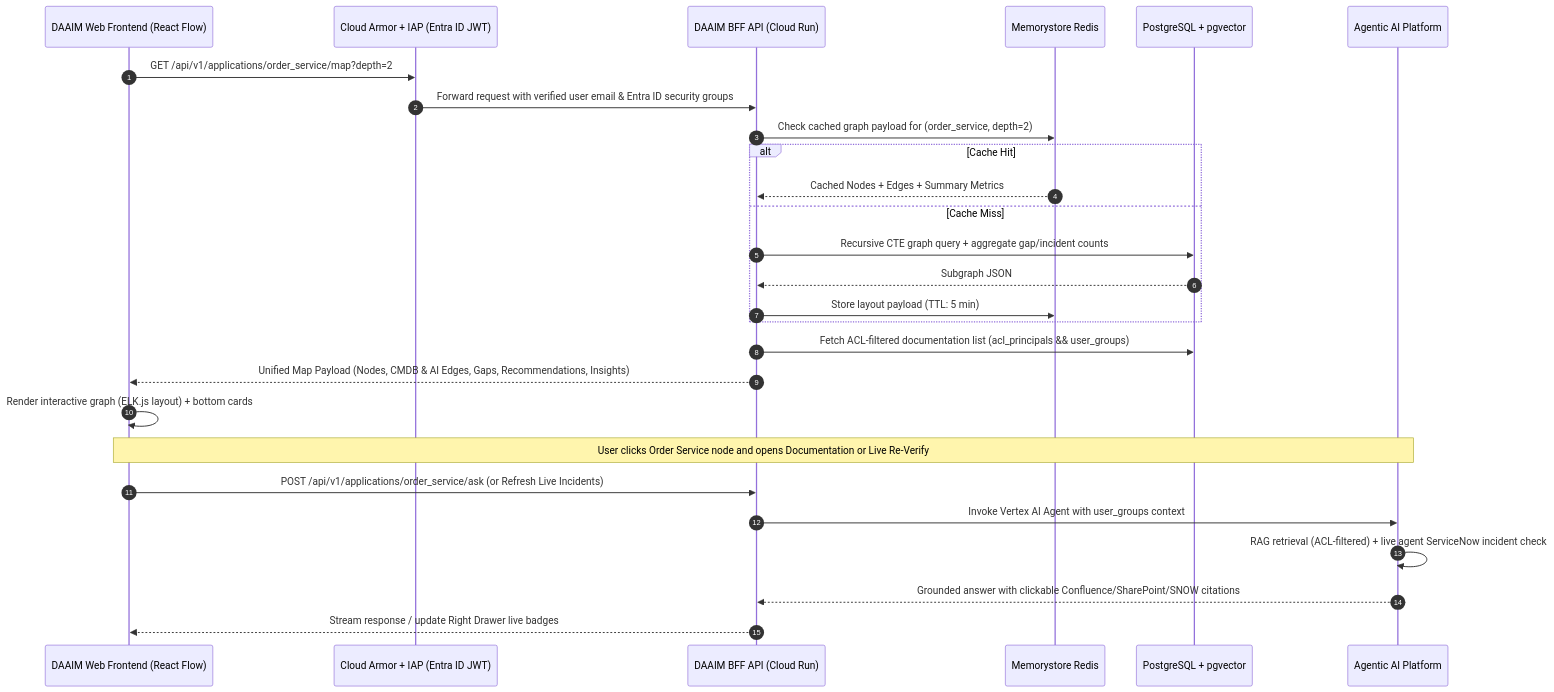
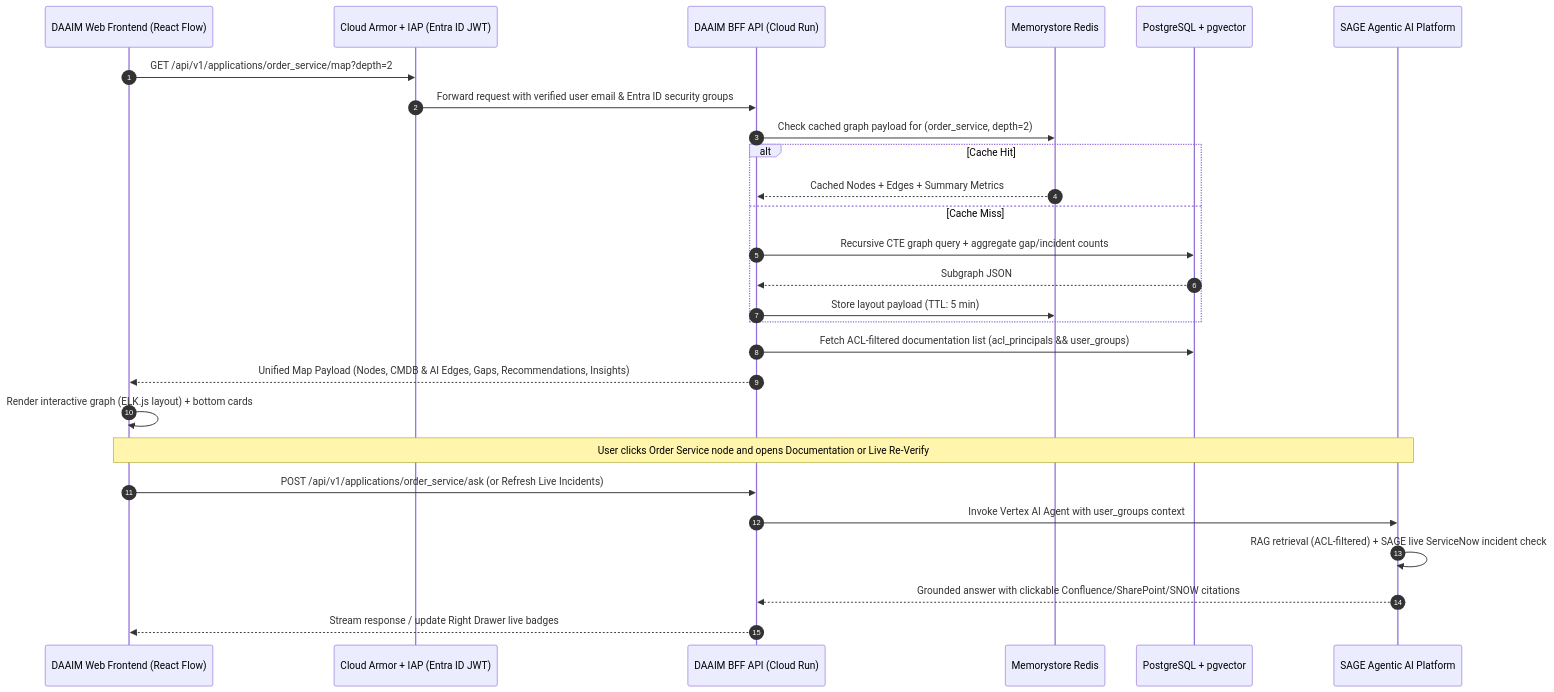
Before and after one commit to ScrappyBeard/DAAIM: the sixth of 9 diagrams in docs/daaim_architecture_design_doc.md, drawn with Mermaid. The commit also changed other lines of this file and 3 other files, not shown here.

````diff
--- a/docs/daaim_architecture_design_doc.md
+++ b/docs/daaim_architecture_design_doc.md
@@ -356,31 +358,31 @@
 ```mermaid
 sequenceDiagram
     autonumber
     participant UI as DAAIM Web Frontend (React Flow)
     participant IAP as Cloud Armor + IAP (Entra ID JWT)
     participant BFF as DAAIM BFF API (Cloud Run)
     participant REDIS as Memorystore Redis
     participant DB as PostgreSQL + pgvector
-    participant AGENT as Agentic AI Platform
+    participant AGENT as SAGE Agentic AI Platform
 
     UI->>IAP: GET /api/v1/applications/order_service/map?depth=2
     IAP->>BFF: Forward request with verified user email & Entra ID security groups
     BFF->>REDIS: Check cached graph payload for (order_service, depth=2)
     alt Cache Hit
         REDIS-->>BFF: Cached Nodes + Edges + Summary Metrics
     else Cache Miss
         BFF->>DB: Recursive CTE graph query + aggregate gap/incident counts
         DB-->>BFF: Subgraph JSON
         BFF->>REDIS: Store layout payload (TTL: 5 min)
     end
     BFF->>DB: Fetch ACL-filtered documentation list (acl_principals && user_groups)
     BFF-->>UI: Unified Map Payload (Nodes, CMDB & AI Edges, Gaps, Recommendations, Insights)
     UI->>UI: Render interactive graph (ELK.js layout) + bottom cards
 
     Note over UI,AGENT: User clicks Order Service node and opens Documentation or Live Re-Verify
     UI->>BFF: POST /api/v1/applications/order_service/ask (or Refresh Live Incidents)
     BFF->>AGENT: Invoke Vertex AI Agent with user_groups context
-    AGENT->>AGENT: RAG retrieval (ACL-filtered) + live agent ServiceNow incident check
+    AGENT->>AGENT: RAG retrieval (ACL-filtered) + SAGE live ServiceNow incident check
     AGENT-->>BFF: Grounded answer with clickable Confluence/SharePoint/SNOW citations
     BFF-->>UI: Stream response / update Right Drawer live badges
 ```
````
